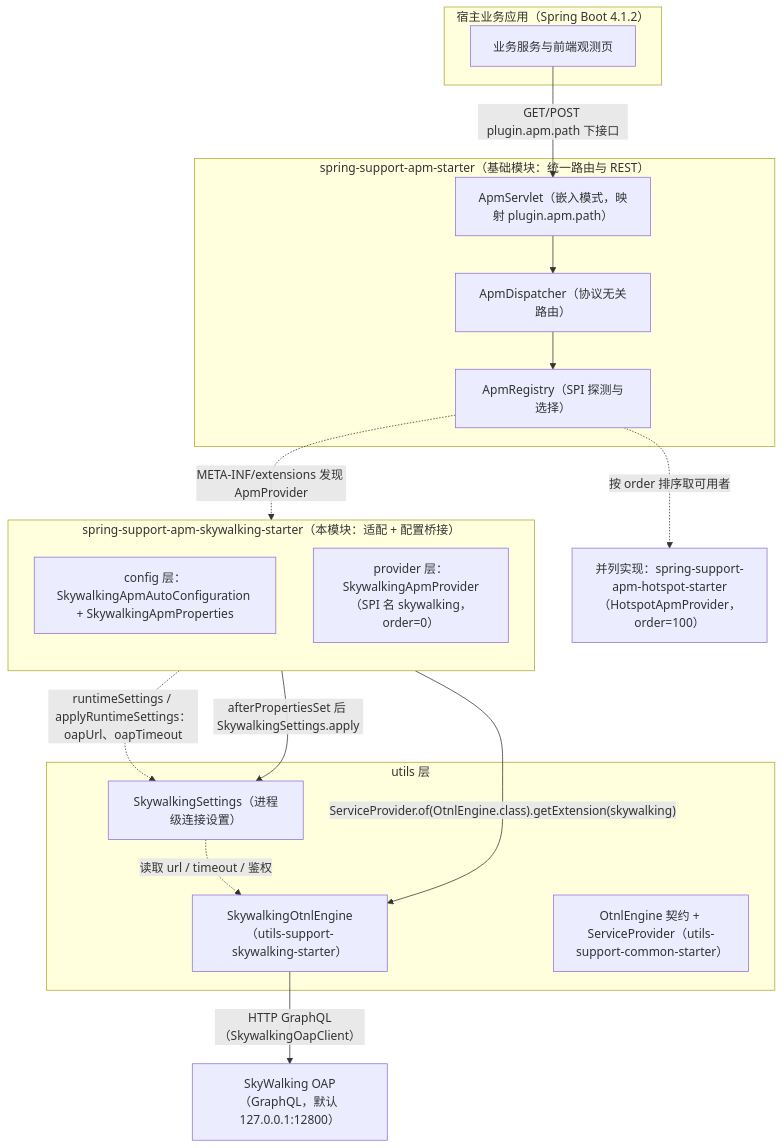
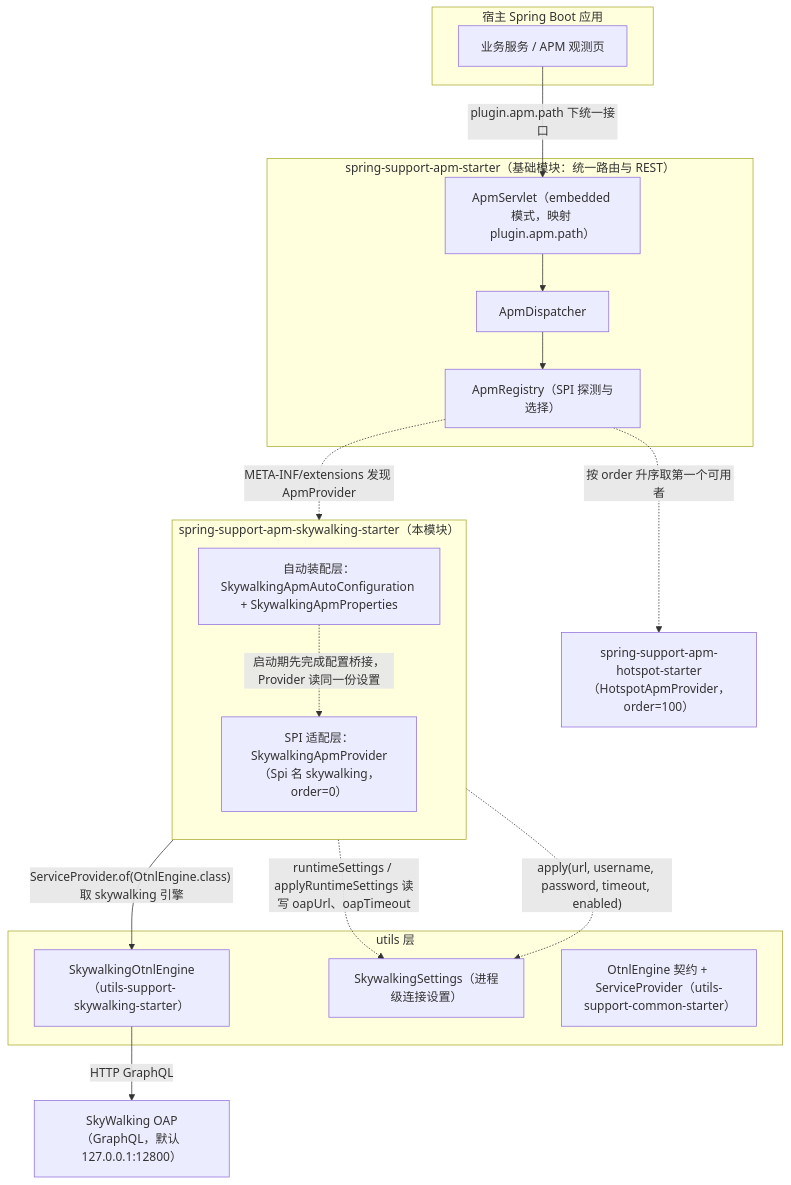
Before and after one commit to CHTK001/spring-support-parent-starter: the first of 2 diagrams in spring-support-apm-skywalking-starter/README.md, drawn with Mermaid. The commit also changed other lines of this file and 54 other files, not shown here.

````diff
--- a/spring-support-apm-skywalking-starter/README.md
+++ b/spring-support-apm-skywalking-starter/README.md
@@ -13,37 +7,37 @@
 ```mermaid
 flowchart TB
-    subgraph HOST["宿主业务应用（Spring Boot 4.1.2）"]
-        SVC["业务服务与前端观测页"]
+    subgraph HOST["宿主 Spring Boot 应用"]
+        APP["业务服务 / APM 观测页"]
     end
 
-    subgraph MODULE["spring-support-apm-skywalking-starter（本模块：适配 + 配置桥接）"]
+    subgraph MODULE["spring-support-apm-skywalking-starter（本模块）"]
         direction TB
-        CFG["config 层：SkywalkingApmAutoConfiguration + SkywalkingApmProperties"]
-        PRV["provider 层：SkywalkingApmProvider（SPI 名 skywalking，order=0）"]
+        AC["自动装配层：SkywalkingApmAutoConfiguration + SkywalkingApmProperties"]
+        PRV["SPI 适配层：SkywalkingApmProvider（Spi 名 skywalking，order=0）"]
+        AC -.->|"启动期先完成配置桥接，Provider 读同一份设置"| PRV
     end
 
-    subgraph APM["spring-support-apm-starter（基础模块：统一路由与 REST）"]
-        SRT["ApmServlet（嵌入模式，映射 plugin.apm.path）"]
-        DSP["ApmDispatcher（协议无关路由）"]
+    subgraph BASE["spring-support-apm-starter（基础模块：统一路由与 REST）"]
+        SRT["ApmServlet（embedded 模式，映射 plugin.apm.path）"]
+        DIS["ApmDispatcher"]
         REG["ApmRegistry（SPI 探测与选择）"]
     end
 
     subgraph UTILS["utils 层"]
         ENG["SkywalkingOtnlEngine（utils-support-skywalking-starter）"]
         SET["SkywalkingSettings（进程级连接设置）"]
-        SPI["OtnlEngine 契约 + ServiceProvider（utils-support-common-starter）"]
+        CTR["OtnlEngine 契约 + ServiceProvider（utils-support-common-starter）"]
     end
 
     OAP["SkyWalking OAP（GraphQL，默认 127.0.0.1:12800）"]
-    HOT["并列实现：spring-support-apm-hotspot-starter（HotspotApmProvider，order=100）"]
+    HOT["spring-support-apm-hotspot-starter（HotspotApmProvider，order=100）"]
 
-    SVC -->|"GET/POST plugin.apm.path 下接口"| SRT
-    SRT --> DSP --> REG
+    APP -->|"plugin.apm.path 下统一接口"| SRT
+    SRT --> DIS --> REG
     REG -.->|"META-INF/extensions 发现 ApmProvider"| PRV
-    REG -.->|按 order 排序取可用者| HOT
-    PRV -->|"ServiceProvider.of(OtnlEngine.class).getExtension(skywalking)"| ENG
-    PRV -.->|"runtimeSettings / applyRuntimeSettings：oapUrl、oapTimeout"| SET
-    CFG -->|"afterPropertiesSet 后 SkywalkingSettings.apply"| SET
-    SET -.->|"读取 url / timeout / 鉴权"| ENG
-    ENG -->|"HTTP GraphQL（SkywalkingOapClient）"| OAP
+    REG -.->|"按 order 升序取第一个可用者"| HOT
+    PRV -->|"ServiceProvider.of(OtnlEngine.class) 取 skywalking 引擎"| ENG
+    PRV -.->|"runtimeSettings / applyRuntimeSettings 读写 oapUrl、oapTimeout"| SET
+    AC -.->|"apply(url, username, password, timeout, enabled)"| SET
+    ENG -->|"HTTP GraphQL"| OAP
 ```
````
